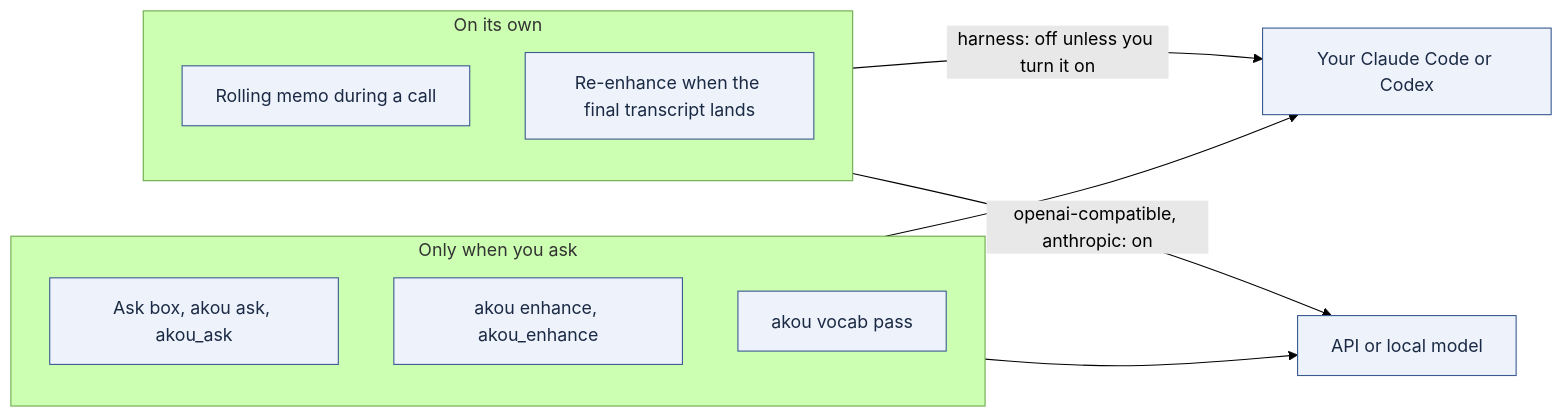
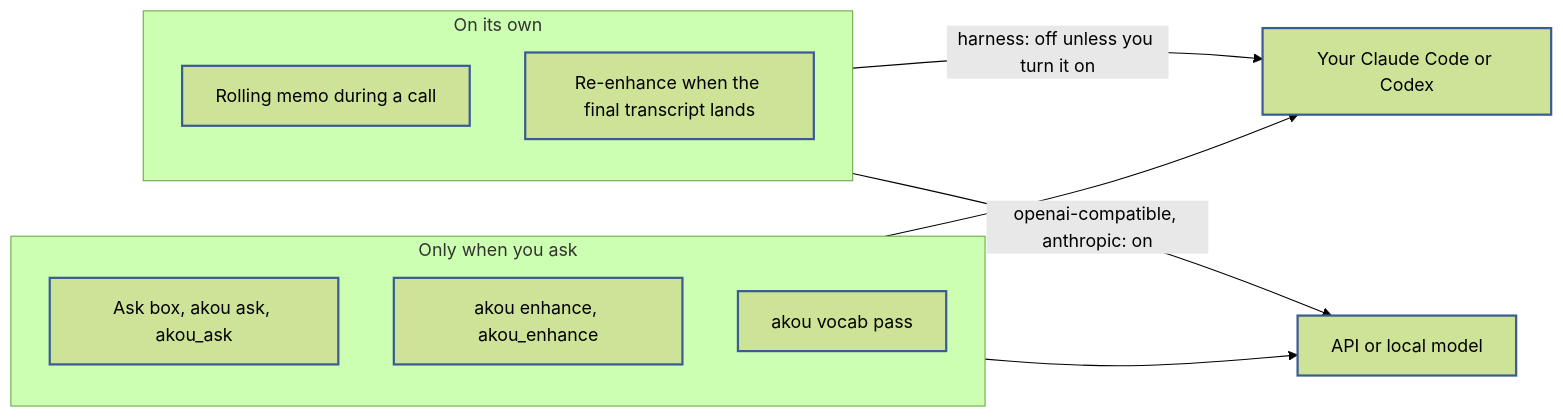
Before and after one commit to GeiserX/akou: the diagram in docs/providers.md, drawn with Mermaid (forest theme). The commit also changed 7 other files, not shown here.

First line of the commit message:
docs: make every diagram readable in the dark theme (#230)

````diff
--- a/docs/providers.md
+++ b/docs/providers.md
@@ -18,18 +18,18 @@
 ```mermaid
 flowchart LR
   subgraph asked["Only when you ask"]
     A["Ask box, akou ask, akou_ask"]
     E["akou enhance, akou_enhance"]
     V["akou vocab pass"]
   end
   subgraph own["On its own"]
     M["Rolling memo during a call"]
     R["Re-enhance when the final transcript lands"]
   end
   own -->|"harness: off unless you turn it on"| H["Your Claude Code or Codex"]
   own -->|"openai-compatible, anthropic: on"| P["API or local model"]
   asked --> H
   asked --> P
-  classDef box fill:#eef3fb,stroke:#3b5b92,color:#1b2a44
+  classDef box stroke:#3b5b92,stroke-width:2px
   class A,E,V,M,R,H,P box
 ```
````
